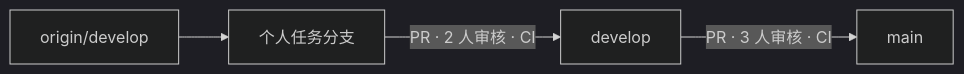
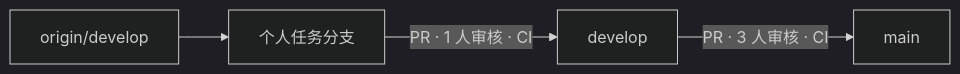
One commit to zhouycheng/QandA changed the first of 3 diagrams in docs/sops/QandA-Git-Workflow-Handbook.md. Above: the diagram before and after it, drawn with Mermaid (dark theme). The commit also changed other lines of this file and 1 other file, not shown here.

Commit message:
docs(workflow): 调整 develop 审批要求

````diff
--- a/docs/sops/QandA-Git-Workflow-Handbook.md
+++ b/docs/sops/QandA-Git-Workflow-Handbook.md
@@ -39,6 +39,6 @@
 ```mermaid
 flowchart LR
     A["origin/develop"] --> B["个人任务分支"]
-    B -->|"PR · 2 人审核 · CI"| C["develop"]
+    B -->|"PR · 1 人审核 · CI"| C["develop"]
     C -->|"PR · 3 人审核 · CI"| D["main"]
 ```
````
